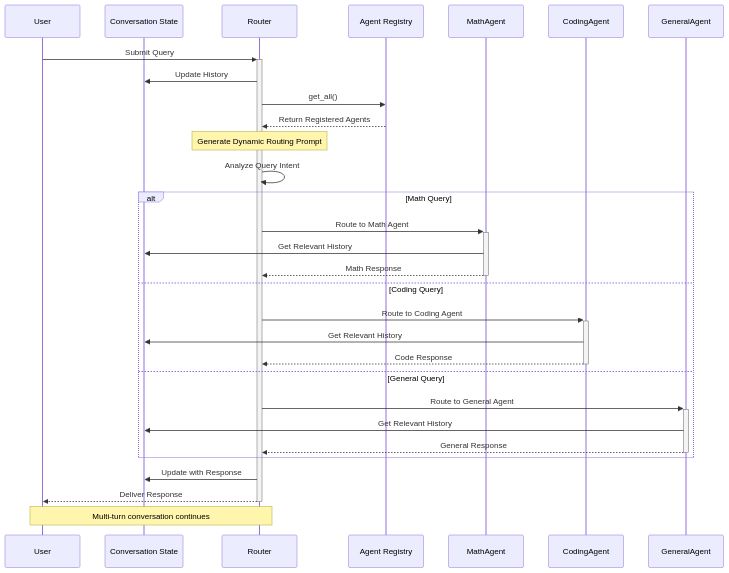
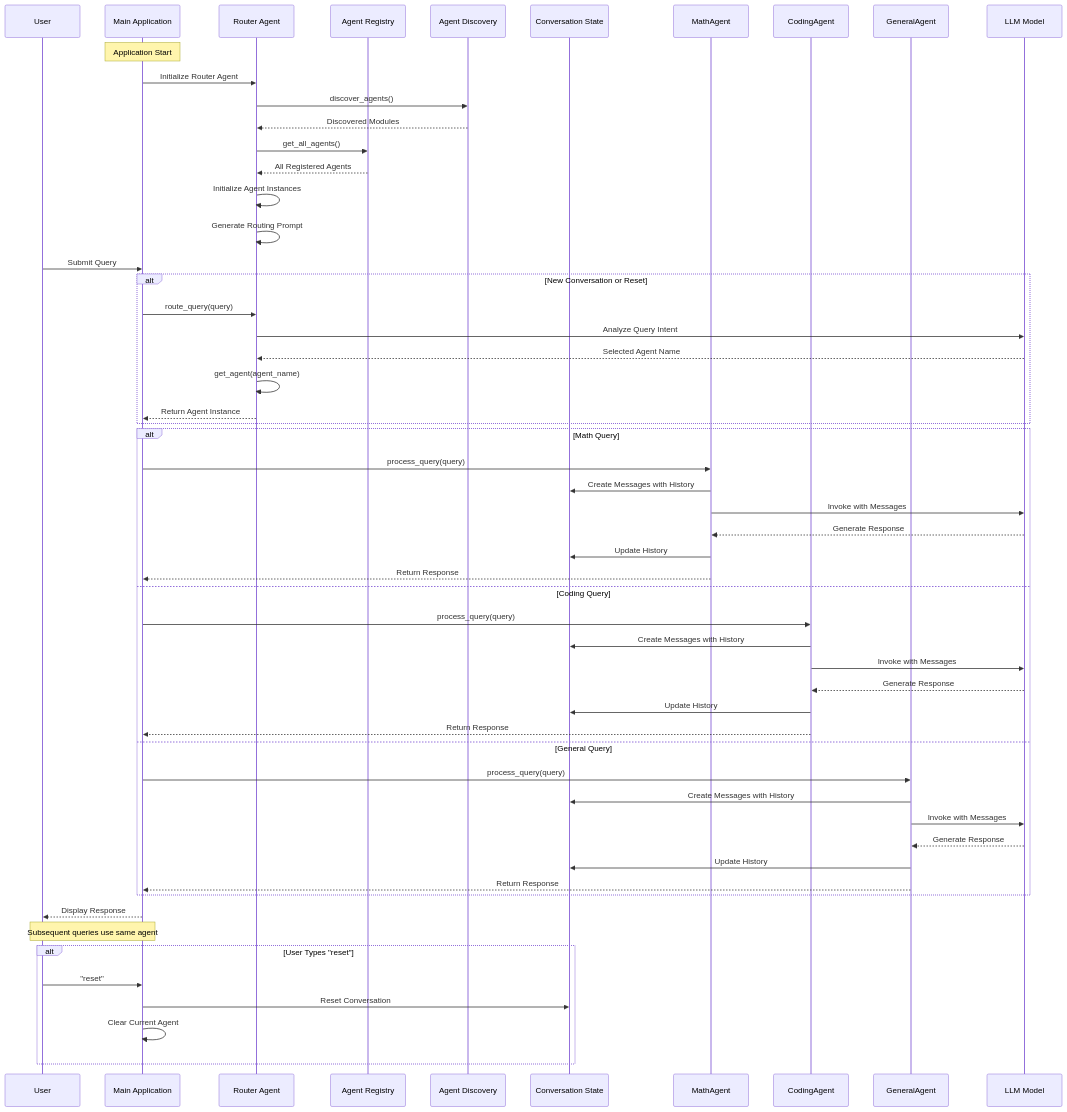
Before and after one commit to AnuragVikramSingh/multi-agent-registry-kit: the second of 2 diagrams in README.md, drawn with Mermaid. The commit also changed other lines of this file, not shown here.

Commit message:
Syntax fix for mermaid diagram

````diff
--- a/README.md
+++ b/README.md
@@ -164,38 +167,65 @@
 ```mermaid
 sequenceDiagram
     participant User
+    participant Main as Main Application
+    participant Router as Router Agent
+    participant Registry as Agent Registry
+    participant Discovery as Agent Discovery
     participant ConvState as Conversation State
-    participant Router as Router
-    participant Registry as Agent Registry
     participant MathAgent
     participant CodingAgent
     participant GeneralAgent
+    participant LLM as LLM Model
     
-    User->>+Router: Submit Query
-    Router->>ConvState: Update History
-    Router->>Registry: get_all()
-    Registry-->>Router: Return Registered Agents
+    Note over Main: Application Start
+    Main->>Router: Initialize Router Agent
+    Router->>Discovery: discover_agents()
+    Discovery-->>Router: Discovered Modules
+    Router->>Registry: get_all_agents()
+    Registry-->>Router: All Registered Agents
+    Router->>Router: Initialize Agent Instances
+    Router->>Router: Generate Routing Prompt
     
-    Note over Router: Generate Dynamic Routing Prompt
+    User->>Main: Submit Query
     
-    Router->>Router: Analyze Query Intent
+    alt New Conversation or Reset
+        Main->>Router: route_query(query)
+        Router->>LLM: Analyze Query Intent
+        LLM-->>Router: Selected Agent Name
+        Router->>Router: get_agent(agent_name)
+        Router-->>Main: Return Agent Instance
+    end
     
     alt Math Query
-        Router->>+MathAgent: Route to Math Agent
-        MathAgent->>ConvState: Get Relevant History
-        MathAgent-->>-Router: Math Response
+        Main->>MathAgent: process_query(query)
+        MathAgent->>ConvState: Create Messages with History
+        MathAgent->>LLM: Invoke with Messages
+        LLM-->>MathAgent: Generate Response
+        MathAgent->>ConvState: Update History
+        MathAgent-->>Main: Return Response
     else Coding Query
-        Router->>+CodingAgent: Route to Coding Agent
-        CodingAgent->>ConvState: Get Relevant History
-        CodingAgent-->>-Router: Code Response
+        Main->>CodingAgent: process_query(query)
+        CodingAgent->>ConvState: Create Messages with History
+        CodingAgent->>LLM: Invoke with Messages
+        LLM-->>CodingAgent: Generate Response
+        CodingAgent->>ConvState: Update History
+        CodingAgent-->>Main: Return Response
     else General Query
-        Router->>+GeneralAgent: Route to General Agent
-        GeneralAgent->>ConvState: Get Relevant History
-        GeneralAgent-->>-Router: General Response
+        Main->>GeneralAgent: process_query(query)
+        GeneralAgent->>ConvState: Create Messages with History
+        GeneralAgent->>LLM: Invoke with Messages
+        LLM-->>GeneralAgent: Generate Response
+        GeneralAgent->>ConvState: Update History
+        GeneralAgent-->>Main: Return Response
     end
     
-    Router->>ConvState: Update with Response
-    Router-->>-User: Deliver Response
+    Main-->>User: Display Response
     
-    Note over User,Router: Multi-turn conversation continues
+    Note over User,Main: Subsequent queries use same agent
+    
+    alt User Types "reset"
+        User->>Main: "reset"
+        Main->>ConvState: Reset Conversation
+        Main->>Main: Clear Current Agent
+    end
 ```
````
